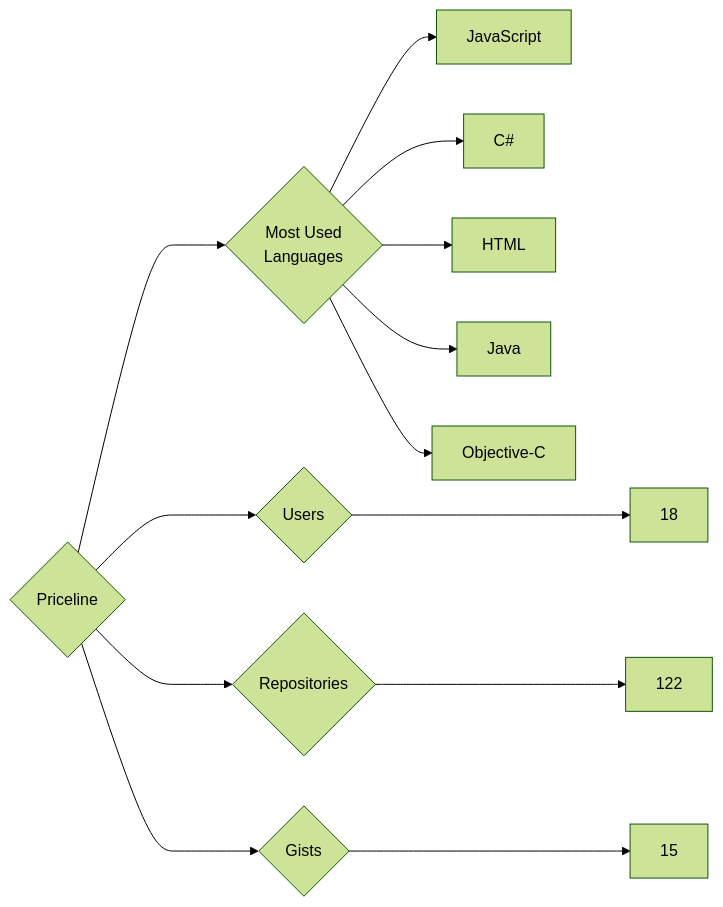
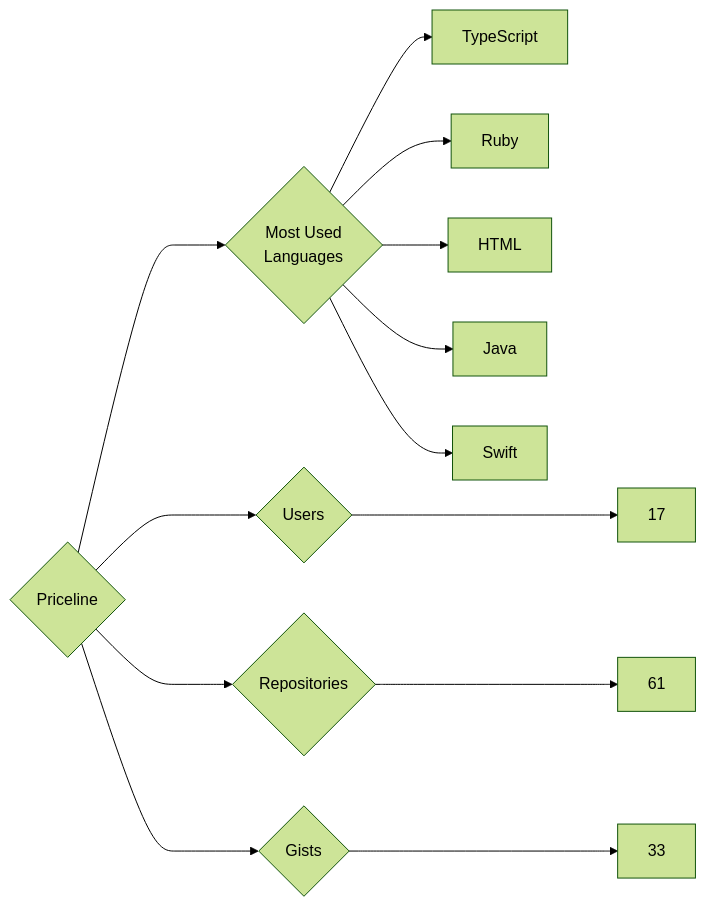
One commit to trickest/insiders changed the diagram in targets/Priceline/README.md. Above: the diagram before and after it, drawn with Mermaid (forest theme). The commit also changed 939 other files, not shown here.

````diff
--- a/targets/Priceline/README.md
+++ b/targets/Priceline/README.md
@@ -3,13 +3,13 @@
 ```mermaid
 graph LR
 COMPANY_NAME{Priceline}
-COMPANY_NAME ---> U{Users} ---> UN[18]
-COMPANY_NAME ---> R{Repositories} ---> RN[122]
-COMPANY_NAME ---> G{Gists} ---> GN[15]
+COMPANY_NAME ---> U{Users} ---> UN[17]
+COMPANY_NAME ---> R{Repositories} ---> RN[61]
+COMPANY_NAME ---> G{Gists} ---> GN[33]
 COMPANY_NAME ---> ML{Most Used<br>Languages}
-ML --> JavaScript[JavaScript]
-ML --> C#[C#]
+ML --> TypeScript[TypeScript]
+ML --> Ruby[Ruby]
 ML --> HTML[HTML]
 ML --> Java[Java]
-ML --> Objective-C[Objective-C]
+ML --> Swift[Swift]
 ```
````
